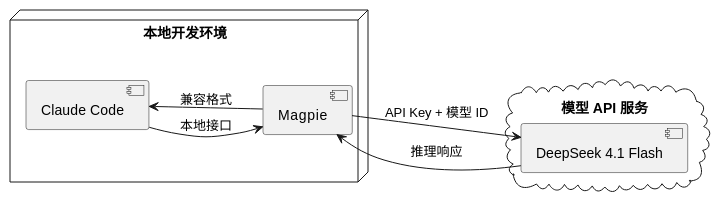
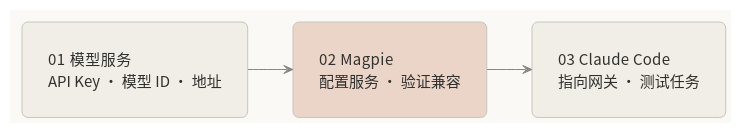
The fifth of 5 diagrams in src/content/posts/magpie-deepseek-4-1-claude-code.md (i-zrhe2016/blog.zrhe2016.cc), drawn with PlantUML before and after one commit. The commit also changed other lines of this file and 5 other files, not shown here.

Commit message:
docs: simplify Magpie article diagrams with warm minimal styling

````diff
--- a/src/content/posts/magpie-deepseek-4-1-claude-code.md
+++ b/src/content/posts/magpie-deepseek-4-1-claude-code.md
@@ -146,20 +192,29 @@
 ```plantuml
 @startuml
+!theme plain
+skinparam backgroundColor #FAF9F5
+skinparam defaultFontName "Noto Sans CJK SC"
+skinparam defaultFontSize 15
+skinparam defaultFontColor #30302E
+skinparam shadowing false
+skinparam roundCorner 12
+skinparam padding 16
+skinparam nodesep 40
+skinparam ranksep 45
+skinparam ArrowColor #87867F
+skinparam ArrowThickness 1
+skinparam rectangle {
+  BackgroundColor #F0EEE6
+  BorderColor #C8C5BB
+  BorderThickness 1
+}
+hide stereotype
 left to right direction
 
-node "本地开发环境" {
-  component "Claude Code" as CC
-  component "Magpie" as MG
-}
-
-cloud "模型 API 服务" {
-  component "DeepSeek 4.1 Flash" as DS
-}
-
-CC --> MG : 本地接口
-MG --> DS : API Key + 模型 ID
-DS --> MG : 推理响应
-MG --> CC : 兼容格式
-
+rectangle "01  模型服务\nAPI Key · 模型 ID · 地址" as A
+rectangle "02  Magpie\n配置服务 · 验证兼容" as B #EAD5C8
+rectangle "03  Claude Code\n指向网关 · 测试任务" as C
+A --> B
+B --> C
 @enduml
 ```
````
